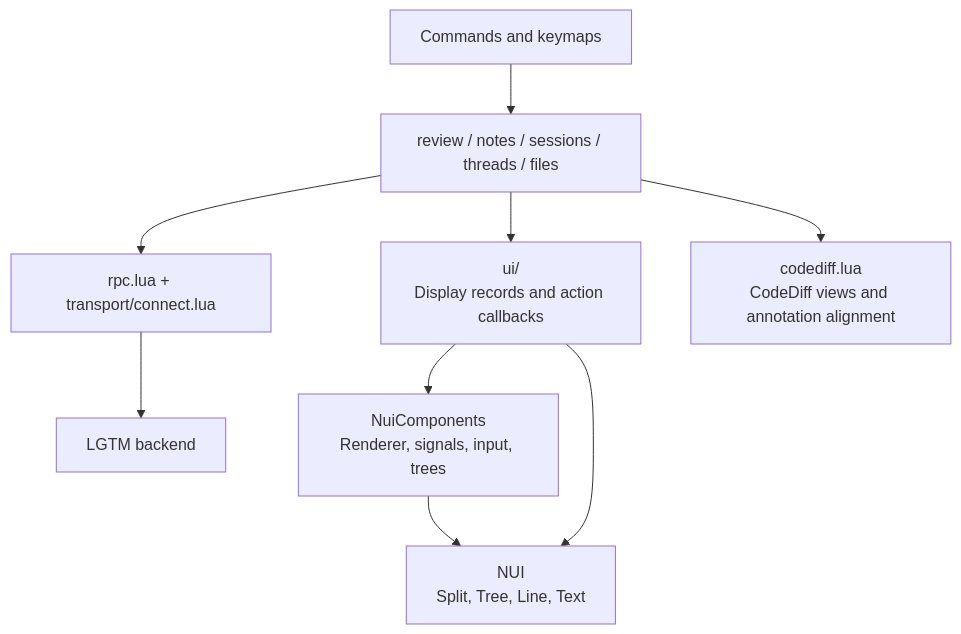
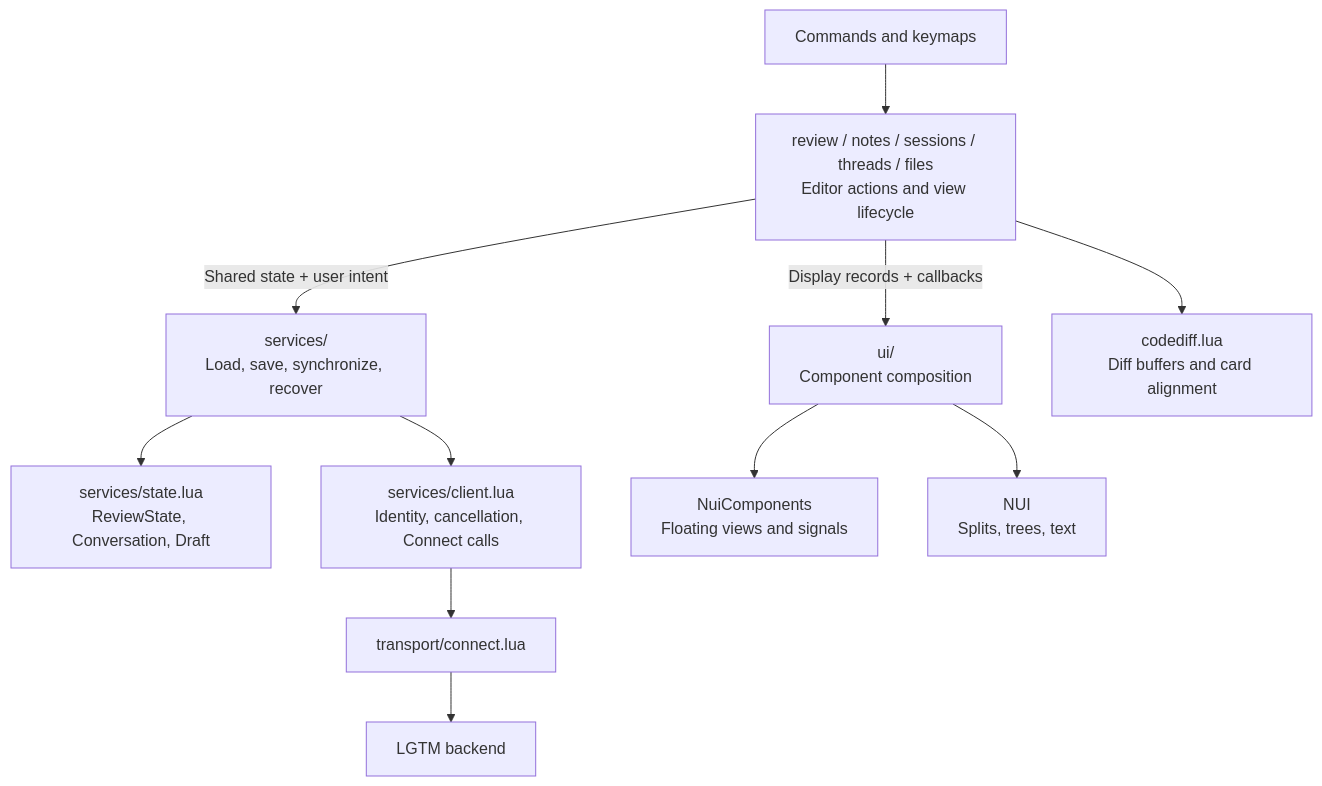
The first of 4 diagrams in docs/architecture/lgtm.nvim/index.md (difflab-io/lgtm), drawn with Mermaid before and after one commit. The commit also changed other lines of this file and 55 other files, not shown here.

Commit message:
refactor(nvim): separate services and compose UI views

````diff
--- a/docs/architecture/lgtm.nvim/index.md
+++ b/docs/architecture/lgtm.nvim/index.md
@@ -54,11 +54,13 @@
 ```mermaid
 flowchart TD
-  Entry["Commands and keymaps"] --> Features["review / notes / sessions / threads / files"]
-  Features --> RPC["rpc.lua + transport/connect.lua"]
-  RPC --> Backend["LGTM backend"]
-  Features --> Views["ui/<br/>Display records and action callbacks"]
-  Views --> NC["NuiComponents<br/>Renderer, signals, input, trees"]
-  NC --> NUI["NUI<br/>Split, Tree, Line, Text"]
-  Views --> NUI
-  Features --> Diff["codediff.lua<br/>CodeDiff views and annotation alignment"]
+  Entry["Commands and keymaps"] --> Controllers["review / notes / sessions / threads / files<br/>Editor actions and view lifecycle"]
+  Controllers -->|"Shared state + user intent"| Services["services/<br/>Load, save, synchronize, recover"]
+  Services --> Store["services/state.lua<br/>ReviewState, Conversation, Draft"]
+  Services --> Client["services/client.lua<br/>Identity, cancellation, Connect calls"]
+  Client --> Transport["transport/connect.lua"]
+  Transport --> Backend["LGTM backend"]
+  Controllers -->|"Display records + callbacks"| Views["ui/<br/>Component composition"]
+  Views --> NC["NuiComponents<br/>Floating views and signals"]
+  Views --> NUI["NUI<br/>Splits, trees, text"]
+  Controllers --> Diff["codediff.lua<br/>Diff buffers and card alignment"]
 ```
````
